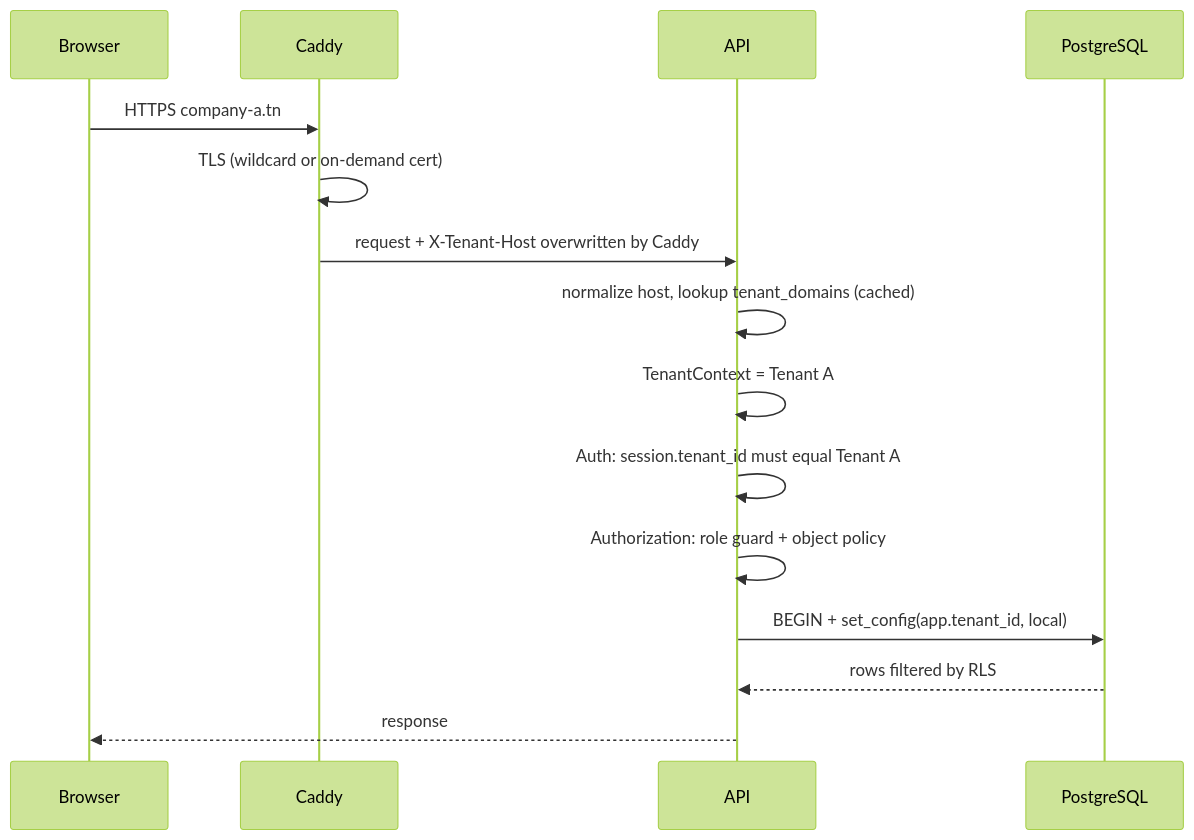
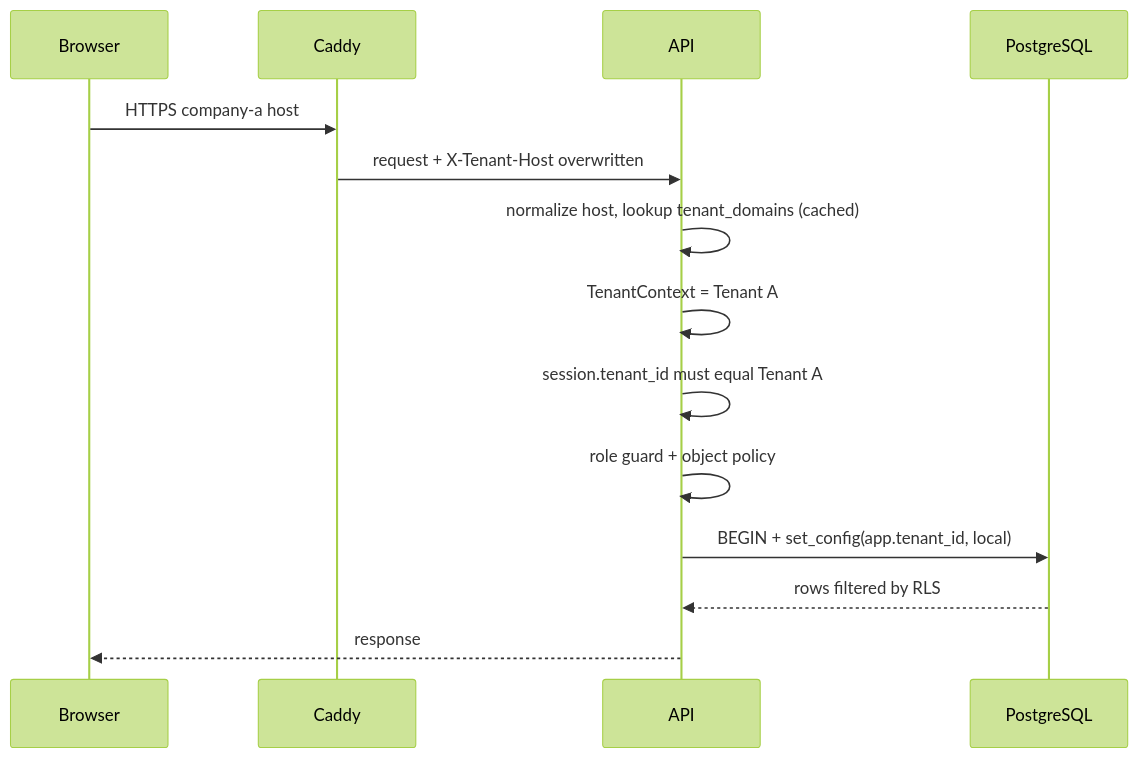
Before and after one commit to bechir-jalleli/Jomla-Go: the second of 5 diagrams in docs/TECHNICAL_BLUEPRINT.md, drawn with Mermaid (forest theme). The commit also changed other lines of this file and 36 other files, not shown here.

````diff
--- a/docs/TECHNICAL_BLUEPRINT.md
+++ b/docs/TECHNICAL_BLUEPRINT.md
@@ -337,17 +271,16 @@
 ```mermaid
 sequenceDiagram
   participant B as Browser
   participant C as Caddy
   participant A as API
   participant D as PostgreSQL
-  B->>C: HTTPS company-a.tn
-  C->>C: TLS (wildcard or on-demand cert)
-  C->>A: request + X-Tenant-Host overwritten by Caddy
+  B->>C: HTTPS company-a host
+  C->>A: request + X-Tenant-Host overwritten
   A->>A: normalize host, lookup tenant_domains (cached)
   A->>A: TenantContext = Tenant A
-  A->>A: Auth: session.tenant_id must equal Tenant A
-  A->>A: Authorization: role guard + object policy
+  A->>A: session.tenant_id must equal Tenant A
+  A->>A: role guard + object policy
   A->>D: BEGIN + set_config(app.tenant_id, local)
   D-->>A: rows filtered by RLS
   A-->>B: response
 ```
````
